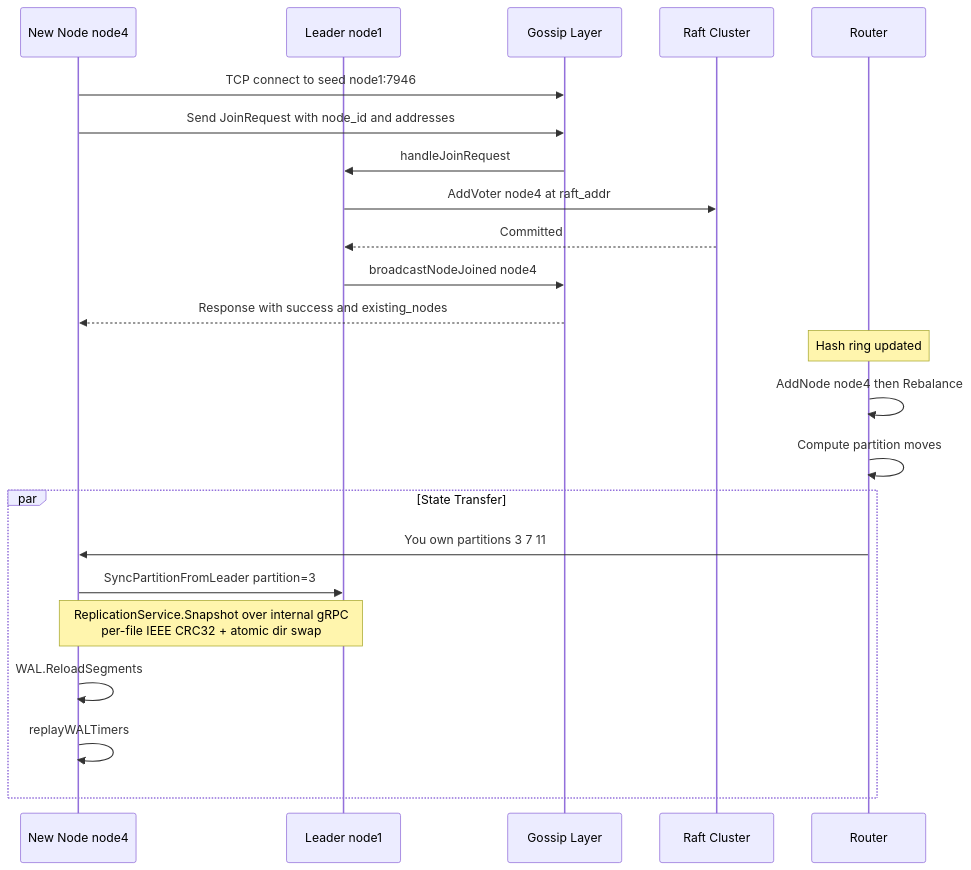
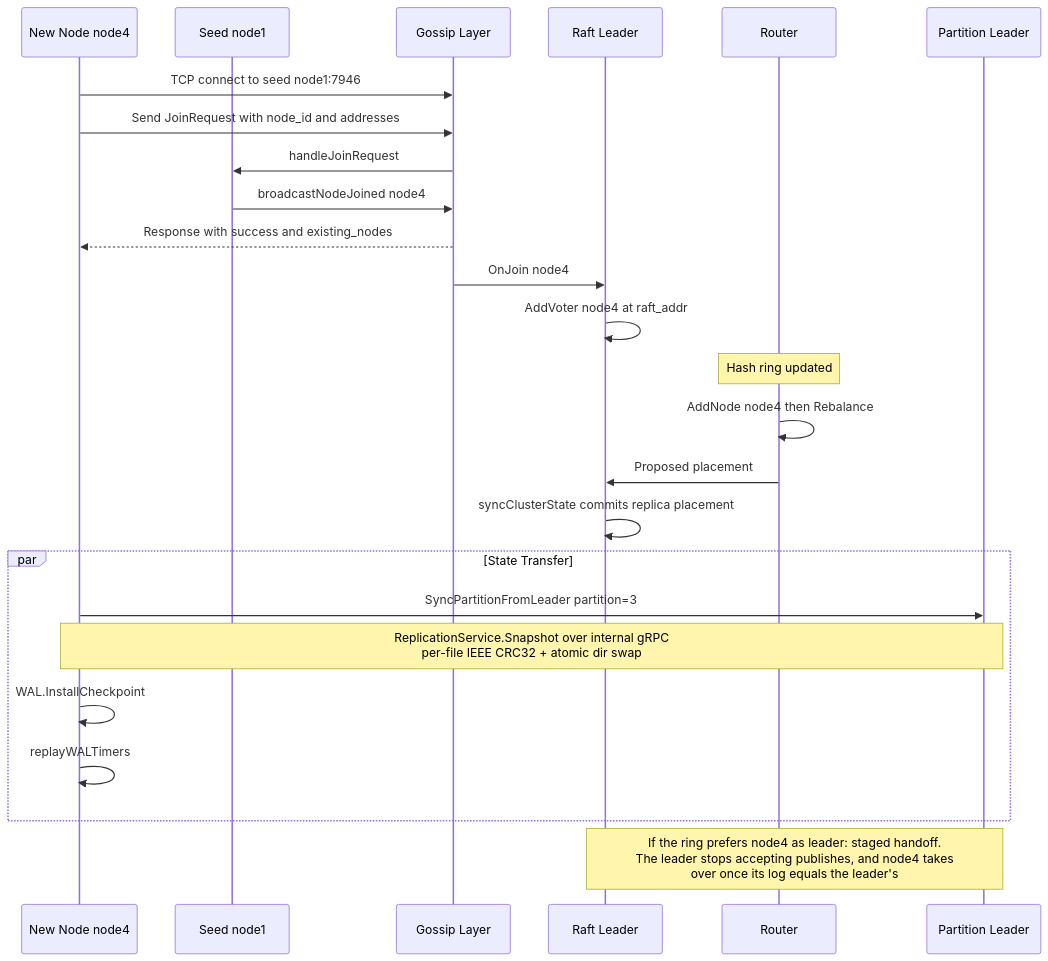
One commit to jatin711-debug/cronos_db_golang changed diagram 32 of 47 in ARCHITECTURE.md. Above: the diagram before and after it, drawn with Mermaid. The commit also changed other lines of this file and 31 other files, not shown here.

````diff
--- a/ARCHITECTURE.md
+++ b/ARCHITECTURE.md
@@ -1016,28 +1092,31 @@
 ```mermaid
 sequenceDiagram
     participant N4 as New Node node4
-    participant N1 as Leader node1
+    participant N1 as Seed node1
     participant GOSSIP as Gossip Layer
-    participant RAFT as Raft Cluster
+    participant RAFT as Raft Leader
     participant ROUTER as Router
+    participant PL as Partition Leader
 
     N4->>GOSSIP: TCP connect to seed node1:7946
     N4->>GOSSIP: Send JoinRequest with node_id and addresses
     GOSSIP->>N1: handleJoinRequest
-    N1->>RAFT: AddVoter node4 at raft_addr
-    RAFT-->>N1: Committed
     N1->>GOSSIP: broadcastNodeJoined node4
     GOSSIP-->>N4: Response with success and existing_nodes
+    GOSSIP->>RAFT: OnJoin node4
+    RAFT->>RAFT: AddVoter node4 at raft_addr
 
     Note over ROUTER: Hash ring updated
     ROUTER->>ROUTER: AddNode node4 then Rebalance
-    ROUTER->>ROUTER: Compute partition moves
+    ROUTER->>RAFT: Proposed placement
+    RAFT->>RAFT: syncClusterState commits replica placement
 
     par State Transfer
-        ROUTER->>N4: You own partitions 3 7 11
-        N4->>N1: SyncPartitionFromLeader partition=3
-        Note over N4,N1: ReplicationService.Snapshot over internal gRPC<br/>per-file IEEE CRC32 + atomic dir swap
-        N4->>N4: WAL.ReloadSegments
+        N4->>PL: SyncPartitionFromLeader partition=3
+        Note over N4,PL: ReplicationService.Snapshot over internal gRPC<br/>per-file IEEE CRC32 + atomic dir swap
+        N4->>N4: WAL.InstallCheckpoint
         N4->>N4: replayWALTimers
     end
+
+    Note over RAFT,PL: If the ring prefers node4 as leader: staged handoff.<br/>The leader stops accepting publishes, and node4 takes<br/>over once its log equals the leader's
 ```
````
